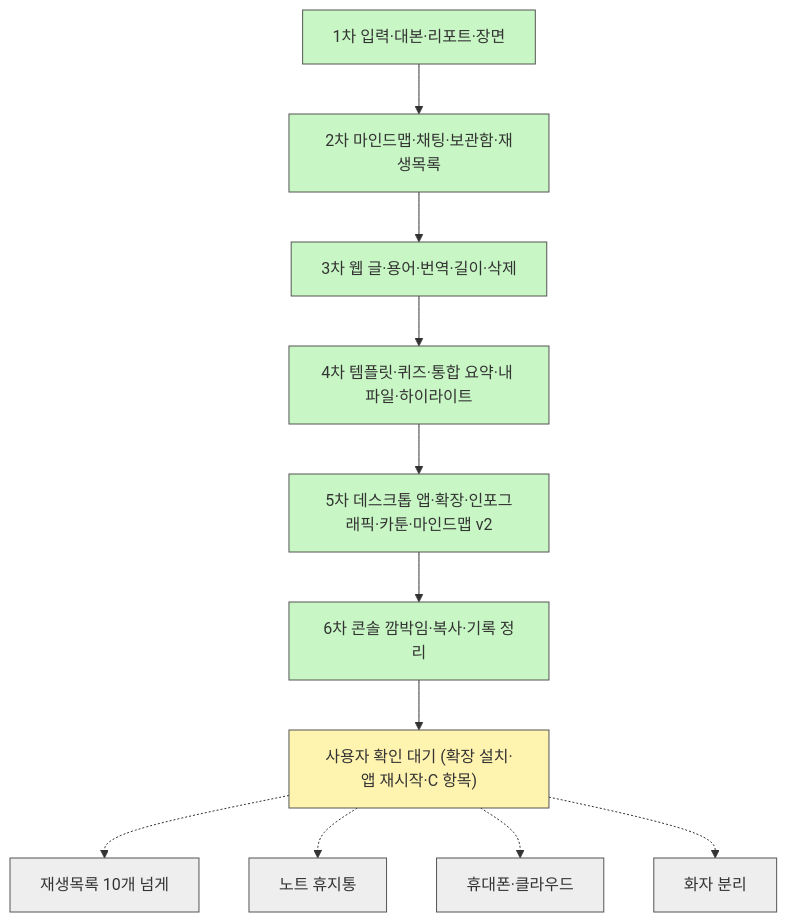
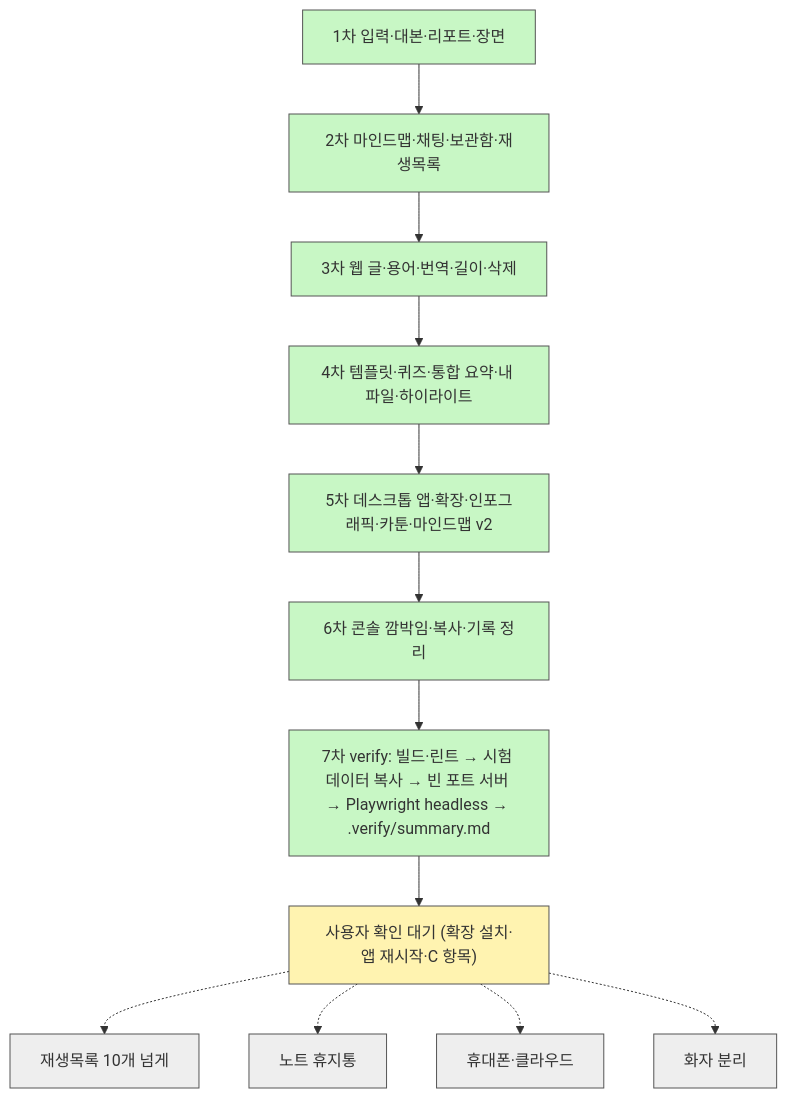
One commit to bincodin-ko/youtube-analyze changed the third of 3 diagrams in personal/ARCHITECTURE.md. Above: the diagram before and after it, drawn with Mermaid. The commit also changed 5 other files, not shown here.

Commit message:
기록: verify 완성·worktree 동시 실행 결과 (CHANGES·PLAN·NOTSOLUTION·ARCHITECTURE·HANDOFF·CHATS)

````diff
--- a/personal/ARCHITECTURE.md
+++ b/personal/ARCHITECTURE.md
@@ -75,22 +75,23 @@
 ```mermaid
 flowchart TD
   P1["1차 입력·대본·리포트·장면"]:::done
   P2["2차 마인드맵·채팅·보관함·재생목록"]:::done
   P3["3차 웹 글·용어·번역·길이·삭제"]:::done
   P4["4차 템플릿·퀴즈·통합 요약·내 파일·하이라이트"]:::done
   P5["5차 데스크톱 앱·확장·인포그래픽·카툰·마인드맵 v2"]:::done
   P6["6차 콘솔 깜박임·복사·기록 정리"]:::done
+  P7["7차 verify: 빌드·린트 → 시험 데이터 복사 → 빈 포트 서버 → Playwright headless → .verify/summary.md"]:::done
   U["사용자 확인 대기 (확장 설치·앱 재시작·C 항목)"]:::doing
   Q1["재생목록 10개 넘게"]:::later
   Q2["노트 휴지통"]:::later
   Q3["휴대폰·클라우드"]:::later
   Q4["화자 분리"]:::later
-  P1 --> P2 --> P3 --> P4 --> P5 --> P6 --> U
+  P1 --> P2 --> P3 --> P4 --> P5 --> P6 --> P7 --> U
   U -.-> Q1
   U -.-> Q2
   U -.-> Q3
   U -.-> Q4
   classDef done fill:#c8f7c5,stroke:#555
   classDef doing fill:#fff3b0,stroke:#555
   classDef later fill:#eee,stroke:#555
 ```
````
